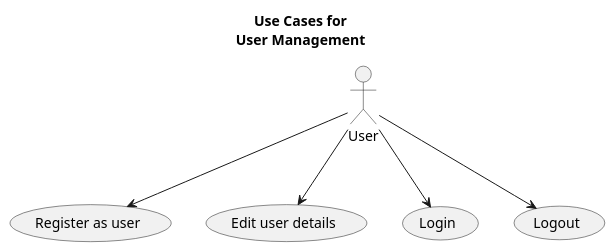
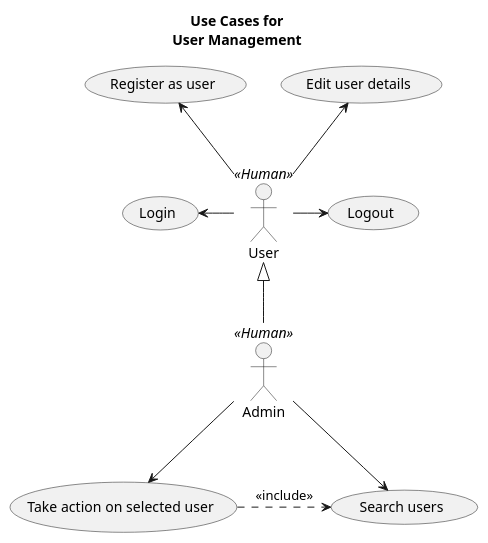
Diagram 19 of 46 in org-contrib/gsoc2012/student-projects/bugpile/i.org (bzg/worg), drawn with PlantUML before and after one commit. The commit also changed other lines of this file and 36 other files, not shown here.

```diff
--- a/org-contrib/gsoc2012/student-projects/bugpile/i.org
+++ b/org-contrib/gsoc2012/student-projects/bugpile/i.org
@@ -885,13 +956,24 @@
 #+begin_src plantuml :file ../../../../images/gsoc/2012/bugpile/user-management-uml-uc.png
   title Use Cases for\n<b>User Management</b>
+
+  :User: <<Human>>
+  :Admin: <<Human>>
+
+  User <|-down- Admin
 
   usecase (Register as user) as (Reg)
   usecase (Edit user details) as (Ed)
   usecase (Login) as (In)
   usecase (Logout) as (Out)
+  usecase (Search users) as (Search)
+  usecase (Take action on selected user) as (Act)
 
-  User --> (Reg) 
-  User --> (Ed) 
-  User --> (In) 
-  User --> (Out) 
+  (Act) .> (Search) : <<include>>
+
+  Admin --> (Search)
+  Admin --> (Act)
+  (Reg) <--  User
+  (Ed) <-- User  
+  (In) <- User
+  User -> (Out) 
 #+end_src
```
